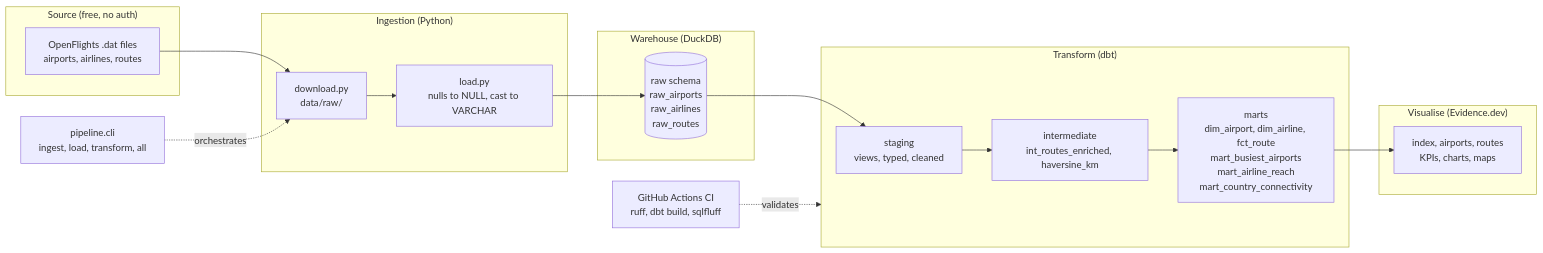
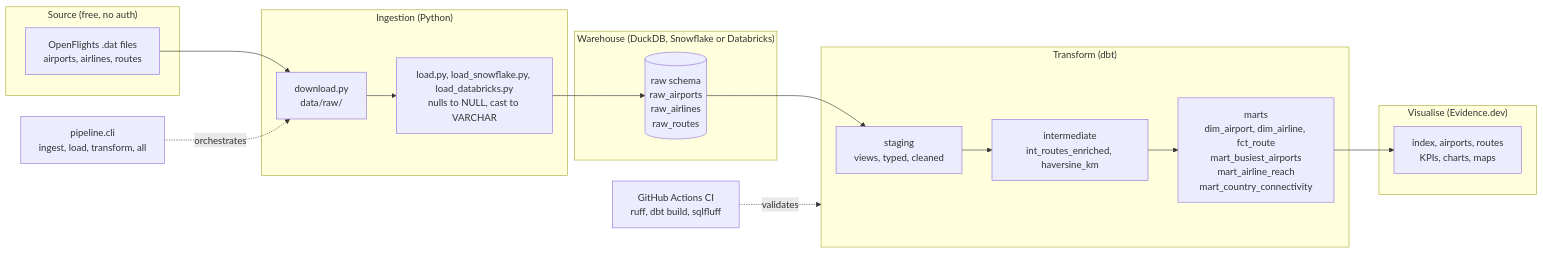
Before and after one commit to omarrifaie/AeroFlow: the diagram in README.md, drawn with Mermaid. The commit also changed other lines of this file and 27 other files, not shown here.

First line of the commit message:
Add Databricks and Snowflake loaders, Databricks dbt target, and repo improvements (#4)

````diff
--- a/README.md
+++ b/README.md
@@ -34,30 +35,30 @@
 ```mermaid
 flowchart LR
     subgraph src["Source (free, no auth)"]
         OF["OpenFlights .dat files<br/>airports, airlines, routes"]
     end
 
     subgraph py["Ingestion (Python)"]
         DL["download.py<br/>data/raw/"]
-        LD["load.py<br/>nulls to NULL, cast to VARCHAR"]
+        LD["load.py, load_snowflake.py, load_databricks.py<br/>nulls to NULL, cast to VARCHAR"]
     end
 
-    subgraph wh["Warehouse (DuckDB)"]
+    subgraph wh["Warehouse (DuckDB, Snowflake or Databricks)"]
         RAW[("raw schema<br/>raw_airports<br/>raw_airlines<br/>raw_routes")]
     end
 
     subgraph dbtproj["Transform (dbt)"]
         STG["staging<br/>views, typed, cleaned"]
         INT["intermediate<br/>int_routes_enriched, haversine_km"]
         MRT["marts<br/>dim_airport, dim_airline, fct_route<br/>mart_busiest_airports<br/>mart_airline_reach<br/>mart_country_connectivity"]
     end
 
     subgraph bi["Visualise (Evidence.dev)"]
         DASH["index, airports, routes<br/>KPIs, charts, maps"]
     end
 
     OF --> DL --> LD --> RAW --> STG --> INT --> MRT --> DASH
 
     CLI["pipeline.cli<br/>ingest, load, transform, all"] -. orchestrates .-> DL
     CI["GitHub Actions CI<br/>ruff, dbt build, sqlfluff"] -. validates .-> dbtproj
 ```
````
